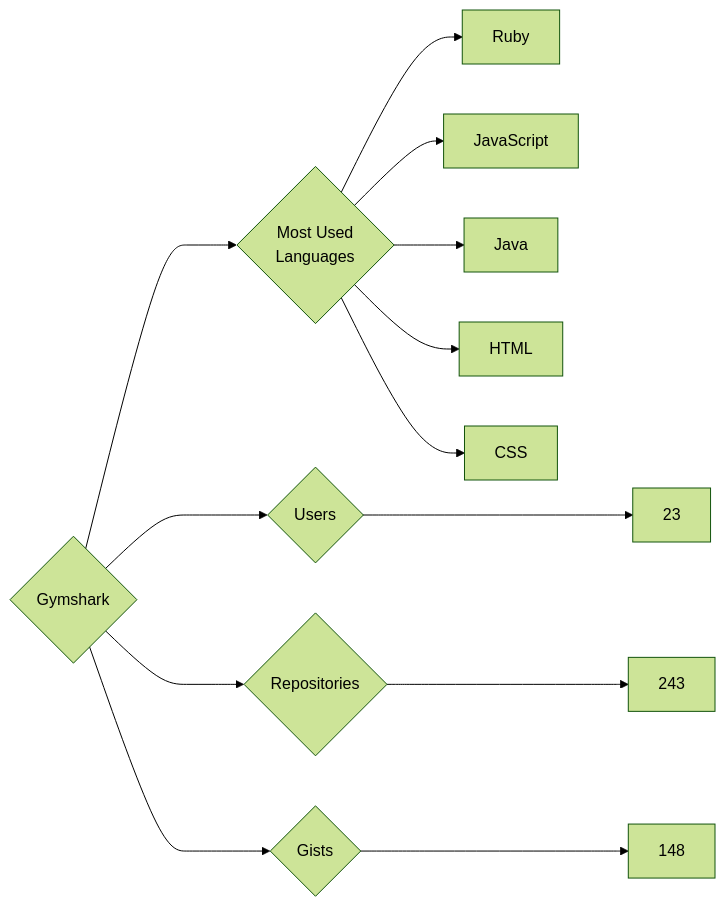
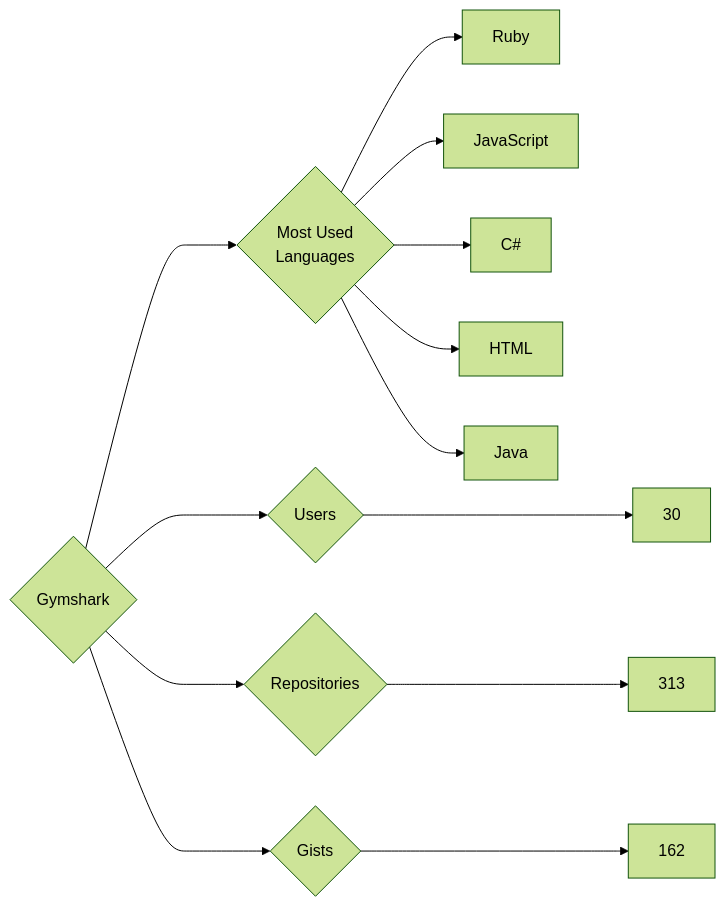
The diagram in targets/Gymshark/README.md (trickest/insiders), drawn with Mermaid (forest theme) before and after one commit. The commit also changed 894 other files, not shown here.

````diff
--- a/targets/Gymshark/README.md
+++ b/targets/Gymshark/README.md
@@ -3,13 +3,13 @@
 ```mermaid
 graph LR
 COMPANY_NAME{Gymshark}
-COMPANY_NAME ---> U{Users} ---> UN[23]
-COMPANY_NAME ---> R{Repositories} ---> RN[243]
-COMPANY_NAME ---> G{Gists} ---> GN[148]
+COMPANY_NAME ---> U{Users} ---> UN[30]
+COMPANY_NAME ---> R{Repositories} ---> RN[313]
+COMPANY_NAME ---> G{Gists} ---> GN[162]
 COMPANY_NAME ---> ML{Most Used<br>Languages}
 ML --> Ruby[Ruby]
 ML --> JavaScript[JavaScript]
+ML --> C#[C#]
+ML --> HTML[HTML]
 ML --> Java[Java]
-ML --> HTML[HTML]
-ML --> CSS[CSS]
 ```
````
